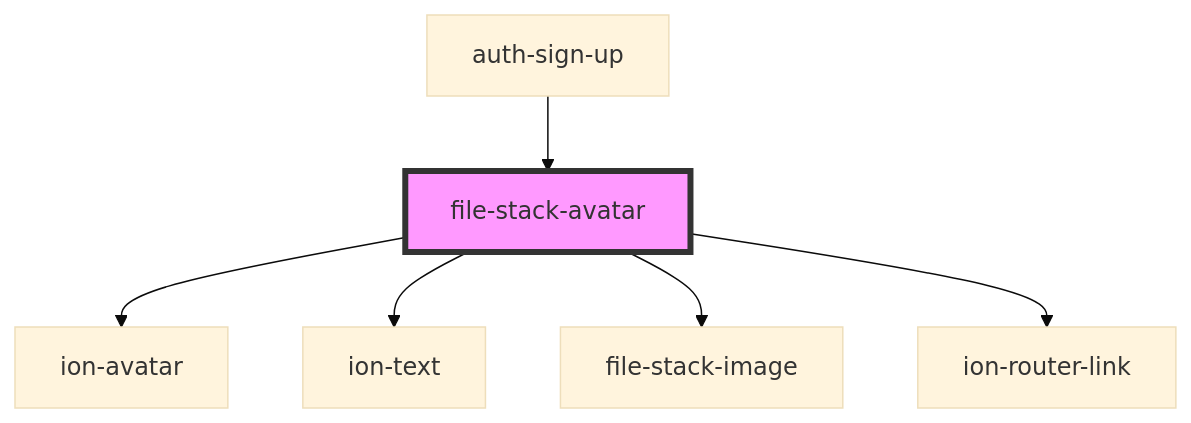
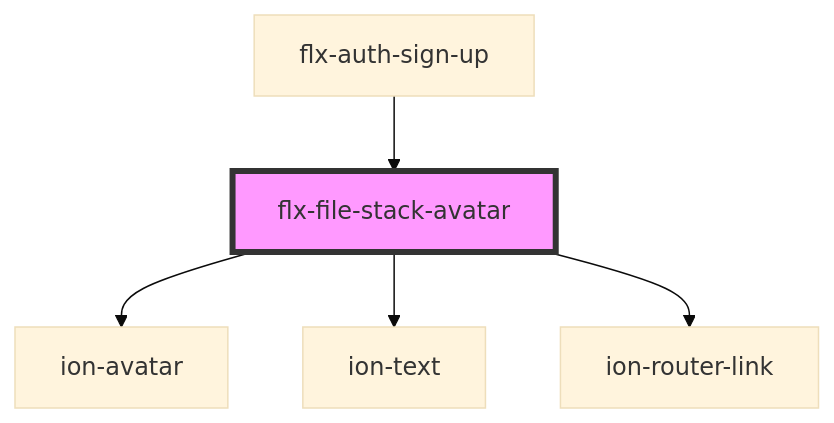
The diagram in src/components/file/stack-avatar/readme.md (Scan0815/felix-core), drawn with Mermaid (base theme) before and after one commit. The commit also changed other lines of this file and 16 other files, not shown here.

````diff
--- a/src/components/file/stack-avatar/readme.md
+++ b/src/components/file/stack-avatar/readme.md
@@ -38,9 +37,8 @@
 ```mermaid
 graph TD;
-  file-stack-avatar --> ion-avatar
-  file-stack-avatar --> ion-text
-  file-stack-avatar --> file-stack-image
-  file-stack-avatar --> ion-router-link
-  auth-sign-up --> file-stack-avatar
-  style file-stack-avatar fill:#f9f,stroke:#333,stroke-width:4px
+  flx-file-stack-avatar --> ion-avatar
+  flx-file-stack-avatar --> ion-text
+  flx-file-stack-avatar --> ion-router-link
+  flx-auth-sign-up --> flx-file-stack-avatar
+  style flx-file-stack-avatar fill:#f9f,stroke:#333,stroke-width:4px
 ```
````
